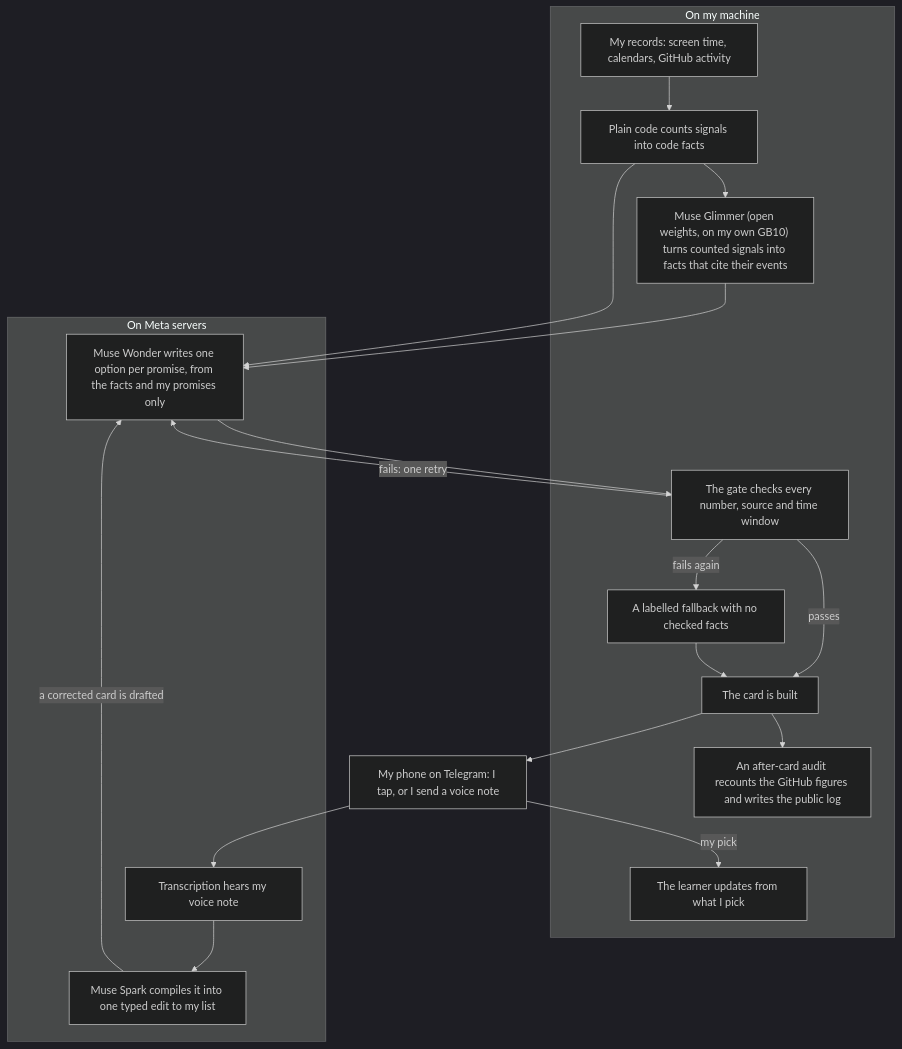
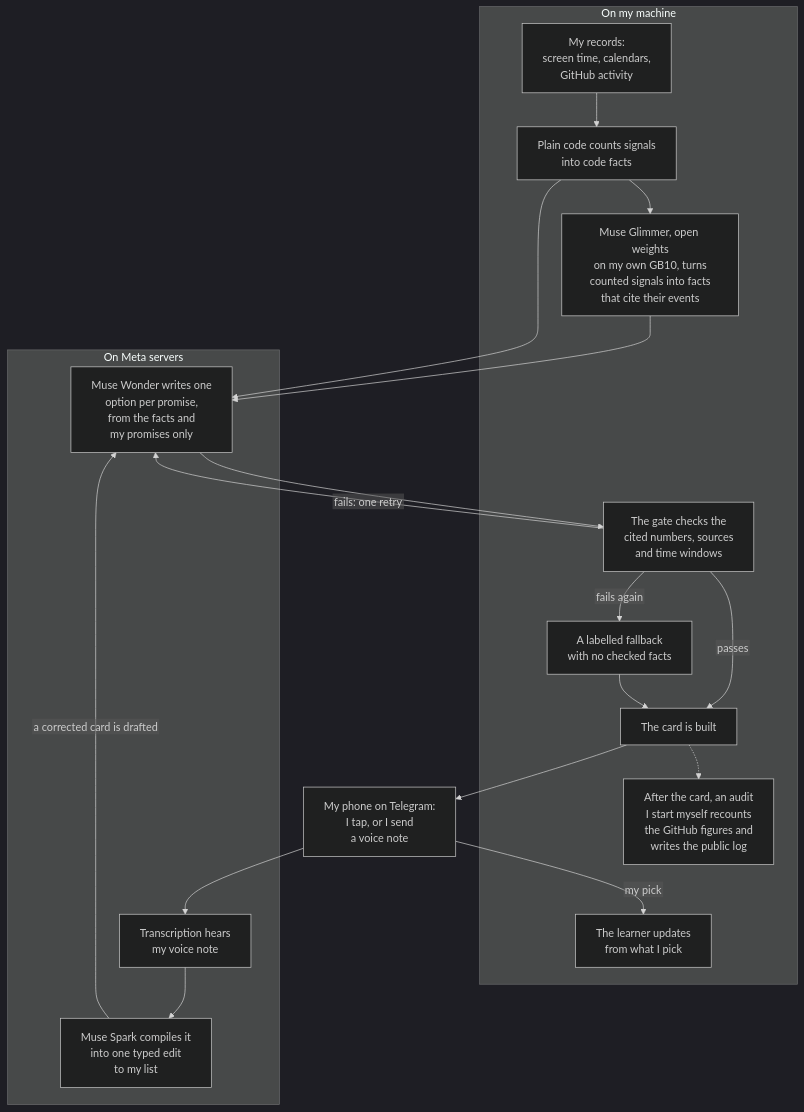
One commit to macayaven/ikigai-loop changed the first of 3 diagrams in README.md. Above: the diagram before and after it, drawn with Mermaid (dark theme). The commit also changed other lines of this file and 7 other files, not shown here.

First line of the commit message:
Docs 12: plain labels in the sequence diagram, a readable components diagram (#73)

````diff
--- a/README.md
+++ b/README.md
@@ -29,29 +31,30 @@
 ```mermaid
+%%{init: {"flowchart": {"htmlLabels": false}}}%%
 flowchart TD
     subgraph Mine["On my machine"]
-        Records["My records: screen time, calendars, GitHub activity"]
-        Counted["Plain code counts signals into code facts"]
-        Glimmer["Muse Glimmer (open weights, on my own GB10) turns counted signals into facts that cite their events"]
-        Gate["The gate checks every number, source and time window"]
-        Fallback["A labelled fallback with no checked facts"]
+        Records["My records:<br/>screen time, calendars,<br/>GitHub activity"]
+        Counted["Plain code counts signals<br/>into code facts"]
+        Glimmer["Muse Glimmer, open weights<br/>on my own GB10, turns<br/>counted signals into facts<br/>that cite their events"]
+        Gate["The gate checks the<br/>cited numbers, sources<br/>and time windows"]
+        Fallback["A labelled fallback<br/>with no checked facts"]
         Card["The card is built"]
-        Learn["The learner updates from what I pick"]
-        Audit["An after-card audit recounts the GitHub figures and writes the public log"]
+        Learn["The learner updates<br/>from what I pick"]
+        Audit["After the card, an audit<br/>I start myself recounts<br/>the GitHub figures and<br/>writes the public log"]
     end
     subgraph Meta["On Meta servers"]
-        Wonder["Muse Wonder writes one option per promise, from the facts and my promises only"]
-        Hear["Transcription hears my voice note"]
-        Compile["Muse Spark compiles it into one typed edit to my list"]
+        Wonder["Muse Wonder writes one<br/>option per promise,<br/>from the facts and<br/>my promises only"]
+        Hear["Transcription hears<br/>my voice note"]
+        Compile["Muse Spark compiles it<br/>into one typed edit<br/>to my list"]
     end
-    Phone["My phone on Telegram: I tap, or I send a voice note"]
+    Phone["My phone on Telegram:<br/>I tap, or I send<br/>a voice note"]
     Records --> Counted --> Glimmer --> Wonder
     Counted --> Wonder
     Wonder --> Gate
     Gate -- "passes" --> Card --> Phone
     Gate -- "fails: one retry" --> Wonder
     Gate -- "fails again" --> Fallback --> Card
     Phone --> Hear --> Compile
     Compile -- "a corrected card is drafted" --> Wonder
     Phone -- "my pick" --> Learn
-    Card --> Audit
+    Card -.-> Audit
 ```
````
